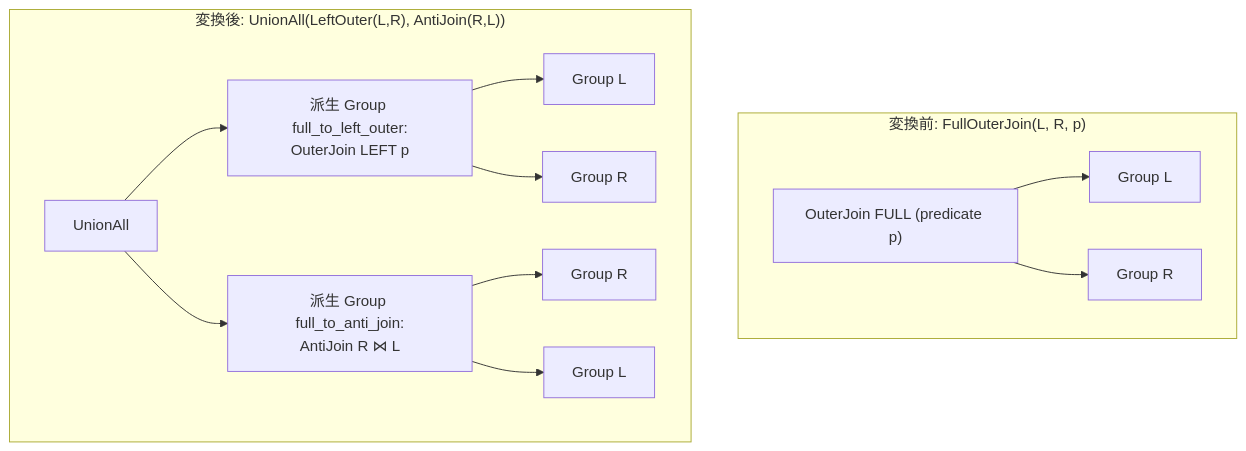
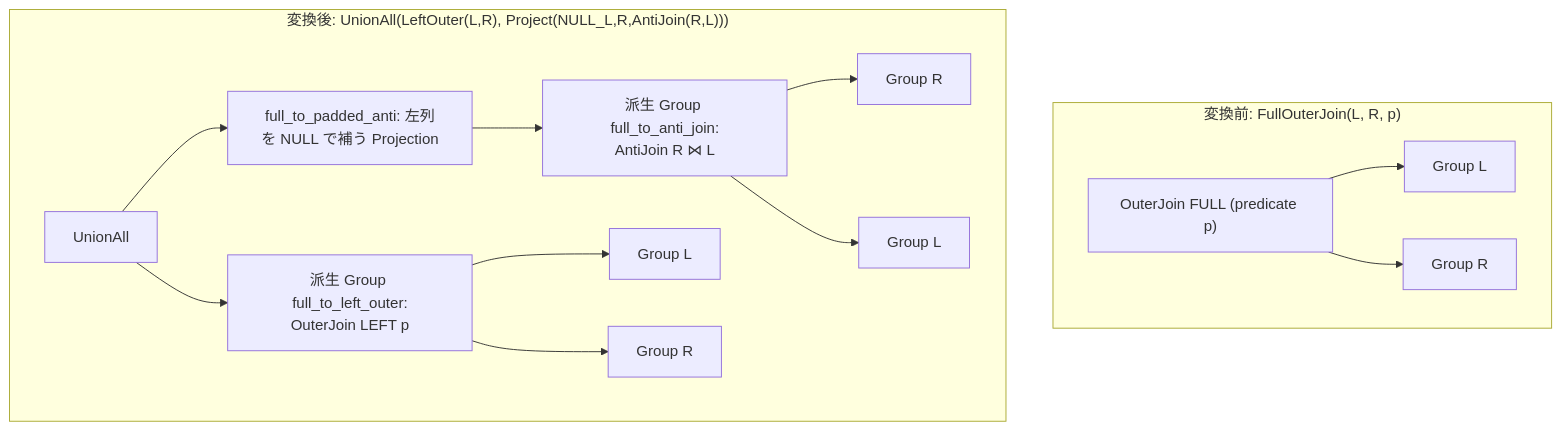
The diagram in docs/opt/part2-rules/logical/full_outer_join_decomposition.md (kumagi/tinylamb), drawn with Mermaid before and after one commit. The commit also changed other lines of this file and 293 other files, not shown here.

````diff
--- a/docs/opt/part2-rules/logical/full_outer_join_decomposition.md
+++ b/docs/opt/part2-rules/logical/full_outer_join_decomposition.md
@@ -14,15 +14,16 @@
 ```mermaid
 graph TD
   subgraph before["変換前: FullOuterJoin(L, R, p)"]
     F1["OuterJoin FULL (predicate p)"] --> L1["Group L"]
     F1 --> R1["Group R"]
   end
-  subgraph after["変換後: UnionAll(LeftOuter(L,R), AntiJoin(R,L))"]
+  subgraph after["変換後: UnionAll(LeftOuter(L,R), Project(NULL_L,R,AntiJoin(R,L)))"]
     U1["UnionAll"] --> LO["派生 Group full_to_left_outer:<br>OuterJoin LEFT p"]
-    U1 --> AJ["派生 Group full_to_anti_join:<br>AntiJoin R ⋈ L"]
+    U1 --> PJ["full_to_padded_anti: 左列を NULL で補う Projection"]
+    PJ --> AJ["派生 Group full_to_anti_join:<br>AntiJoin R ⋈ L"]
     LO --> L2["Group L"]
     LO --> R2["Group R"]
     AJ --> R3["Group R"]
     AJ --> L3["Group L"]
   end
 ```
````
